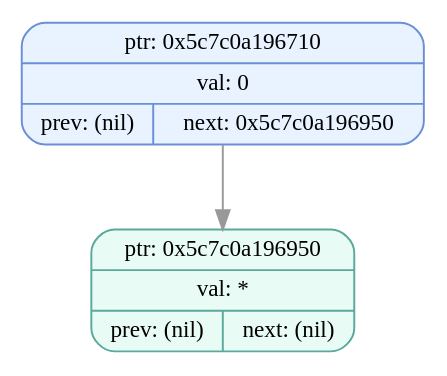
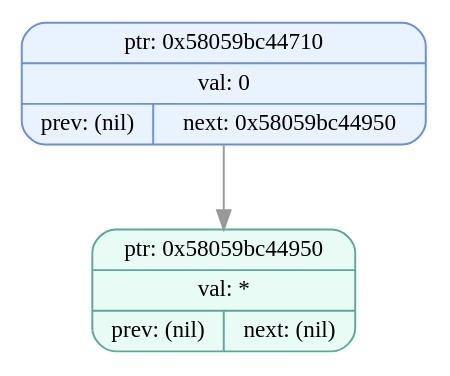
Before and after one commit to EvilTomato9890/Difference: the diagram in dumps/tree_dump_000.dot, drawn with Graphviz. The commit also changed 29 other files, not shown here.

```diff
--- a/dumps/tree_dump_000.dot
+++ b/dumps/tree_dump_000.dot
@@ -1,7 +1,7 @@
 digraph T{
   node [fontname="Fira Mono",shape=record,style="filled,rounded",fontsize=12];
   graph [splines=true, nodesep=0.6, ranksep=0.6];
-  node_0x5c7c0a196710[shape=record,label="{ {ptr: 0x5c7c0a196710} | {val: 0} | { prev: (nil) | next: 0x5c7c0a196950 } }",color="#6b8fd6",fillcolor="#e9f2ff"];
-  node_0x5c7c0a196950[shape=record,label="{ {ptr: 0x5c7c0a196950} | {val: *} | { prev: (nil) | next: (nil) } }",color="#5aa99b",fillcolor="#e9fbf5"];
-  node_0x5c7c0a196710 -> node_0x5c7c0a196950 [color="#999999"];
+  node_0x58059bc44710[shape=record,label="{ {ptr: 0x58059bc44710} | {val: 0} | { prev: (nil) | next: 0x58059bc44950 } }",color="#6b8fd6",fillcolor="#e9f2ff"];
+  node_0x58059bc44950[shape=record,label="{ {ptr: 0x58059bc44950} | {val: *} | { prev: (nil) | next: (nil) } }",color="#5aa99b",fillcolor="#e9fbf5"];
+  node_0x58059bc44710 -> node_0x58059bc44950 [color="#999999"];
 }
```
